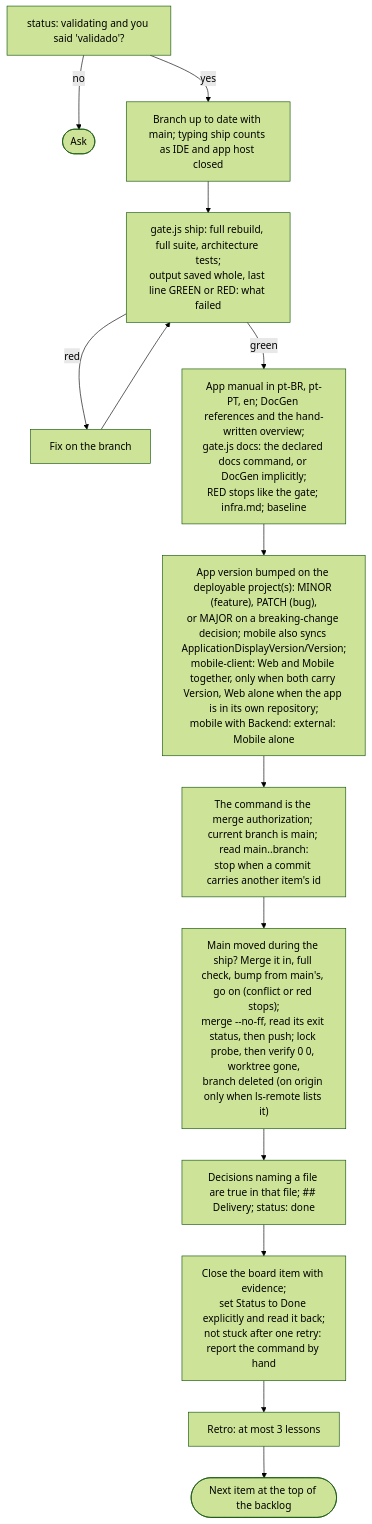
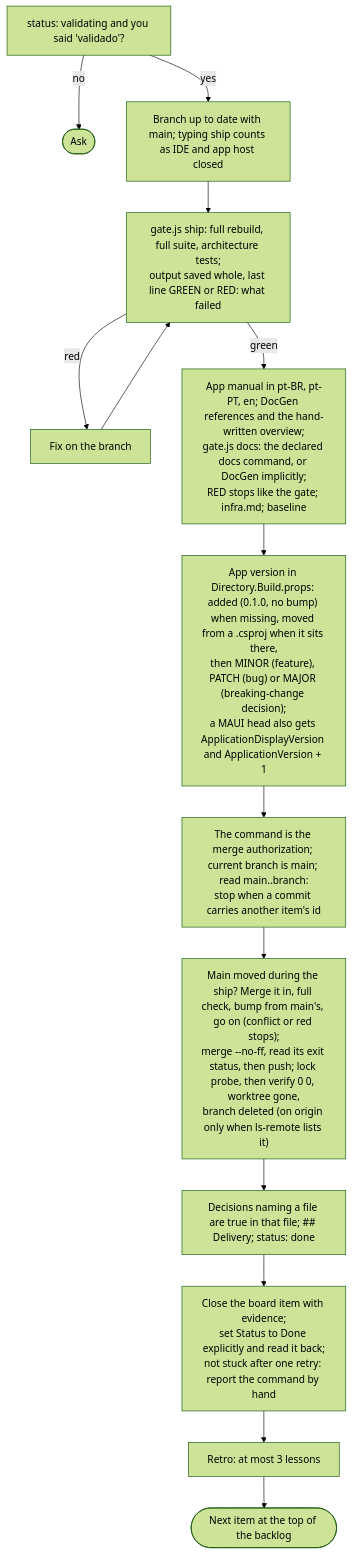
One commit to alexcanario/simulab changed diagram 12 of 20 in docs/agile/workflow.md. Above: the diagram before and after it, drawn with Mermaid (forest theme). The commit also changed other lines of this file and 5 other files, not shown here.

````diff
--- a/docs/agile/workflow.md
+++ b/docs/agile/workflow.md
@@ -2377,16 +2411,16 @@
 ```mermaid
 flowchart TD
     A["status: validating and you said 'validado'?"] -->|no| A1(["Ask"])
     A -->|yes| B["Branch up to date with main; typing ship counts as IDE and app host closed"]
     B --> C["gate.js ship: full rebuild, full suite, architecture tests;<br/>output saved whole, last line GREEN or RED: what failed"]
     C -->|red| C1["Fix on the branch"]
     C1 --> C
     C -->|green| D["App manual in pt-BR, pt-PT, en; DocGen references and the hand-written overview;<br/>gate.js docs: the declared docs command, or DocGen implicitly;<br/>RED stops like the gate; infra.md; baseline"]
-    D --> D1["App version bumped on the deployable project(s): MINOR (feature), PATCH (bug),<br/>or MAJOR on a breaking-change decision; mobile also syncs ApplicationDisplayVersion/Version;<br/>mobile-client: Web and Mobile together, only when both carry Version, Web alone when the app is in its own repository;<br/>mobile with Backend: external: Mobile alone"]
+    D --> D1["App version in Directory.Build.props: added (0.1.0, no bump) when missing, moved from a .csproj when it sits there,<br/>then MINOR (feature), PATCH (bug) or MAJOR (breaking-change decision);<br/>a MAUI head also gets ApplicationDisplayVersion and ApplicationVersion + 1"]
     D1 --> E2["The command is the merge authorization; current branch is main; read main..branch:<br/>stop when a commit carries another item's id"]
     E2 --> F["Main moved during the ship? Merge it in, full check, bump from main's, go on (conflict or red stops);<br/>merge --no-ff, read its exit status, then push; lock probe, then verify 0 0, worktree gone,<br/>branch deleted (on origin only when ls-remote lists it)"]
     F --> G["Decisions naming a file are true in that file; ## Delivery; status: done"]
     G --> H["Close the board item with evidence;<br/>set Status to Done explicitly and read it back;<br/>not stuck after one retry: report the command by hand"]
     H --> I["Retro: at most 3 lessons"]
     I --> J(["Next item at the top of the backlog"])
 ```
````
